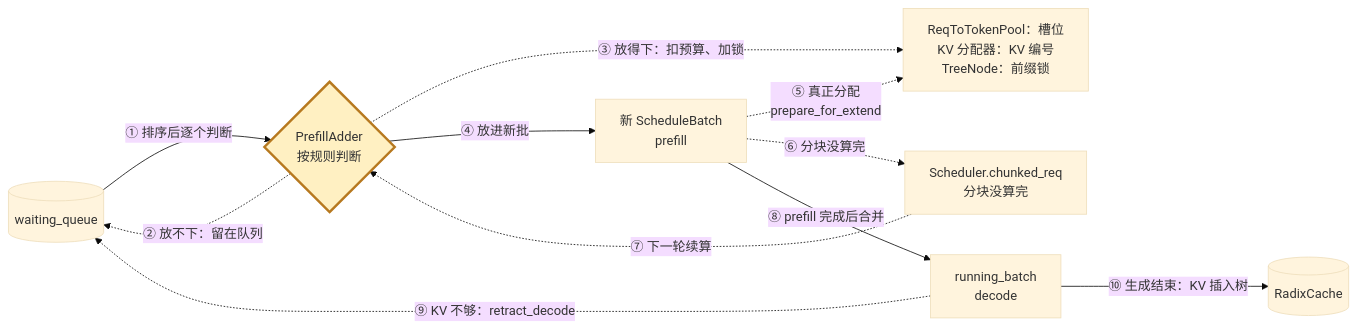
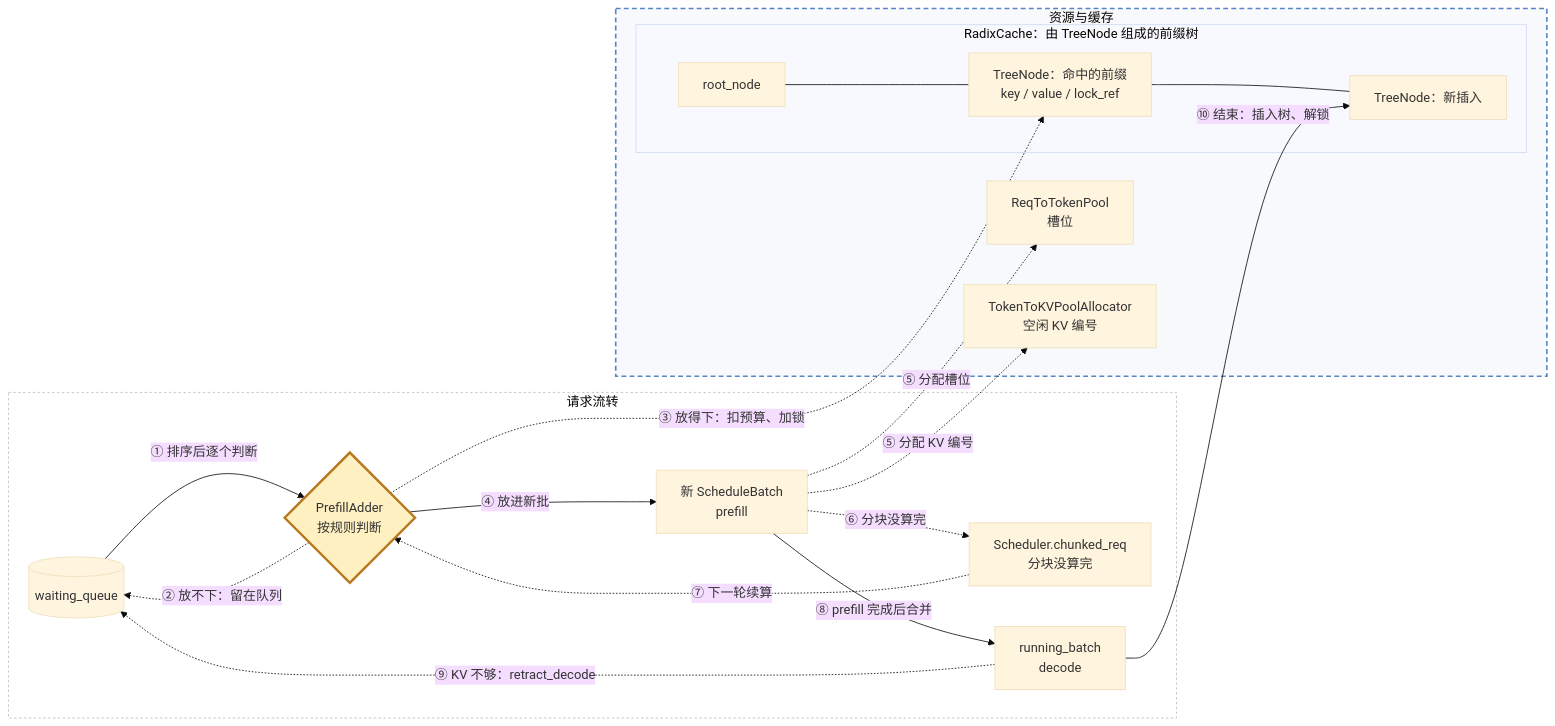
One commit to dugenkui03/sglang changed the first of 2 diagrams in user_guide_zh/思考一：关于组批请求的数据模型.md. Above: the diagram before and after it, drawn with Mermaid (base theme). The commit also changed other lines of this file, not shown here.

First line of the commit message:
docs: detail RadixCache interactions in the batching reflection

````diff
--- a/user_guide_zh/思考一：关于组批请求的数据模型.md
+++ b/user_guide_zh/思考一：关于组批请求的数据模型.md
@@ -23,21 +21,31 @@
 ```mermaid
 flowchart LR
-    WQ[("waiting_queue")]
-    PA{"PrefillAdder<br/>按规则判断"}
-    NB["新 ScheduleBatch<br/>prefill"]
-    RB["running_batch<br/>decode"]
-    CR["Scheduler.chunked_req<br/>分块没算完"]
-    RC[("RadixCache")]
-    RES["ReqToTokenPool：槽位<br/>KV 分配器：KV 编号<br/>TreeNode：前缀锁"]
+    subgraph FLOW["请求流转"]
+        WQ[("waiting_queue")]
+        PA{"PrefillAdder<br/>按规则判断"}
+        NB["新 ScheduleBatch<br/>prefill"]
+        CR["Scheduler.chunked_req<br/>分块没算完"]
+        RB["running_batch<br/>decode"]
+    end
+    subgraph RES["资源与缓存"]
+        RTP["ReqToTokenPool<br/>槽位"]
+        AL["TokenToKVPoolAllocator<br/>空闲 KV 编号"]
+        subgraph RC["RadixCache：由 TreeNode 组成的前缀树"]
+            ROOT["root_node"] --- TA["TreeNode：命中的前缀<br/>key / value / lock_ref"] --- TB["TreeNode：新插入"]
+        end
+    end
     WQ -->|"① 排序后逐个判断"| PA
     PA -.->|"② 放不下：留在队列"| WQ
-    PA -.->|"③ 放得下：扣预算、加锁"| RES
+    PA -.->|"③ 放得下：扣预算、加锁"| TA
     PA -->|"④ 放进新批"| NB
-    NB -.->|"⑤ 真正分配<br/>prepare_for_extend"| RES
+    NB -.->|"⑤ 分配槽位"| RTP
+    NB -.->|"⑤ 分配 KV 编号"| AL
     NB -.->|"⑥ 分块没算完"| CR
     CR -.->|"⑦ 下一轮续算"| PA
     NB -->|"⑧ prefill 完成后合并"| RB
     RB -.->|"⑨ KV 不够：retract_decode"| WQ
-    RB -->|"⑩ 生成结束：KV 插入树"| RC
+    RB -->|"⑩ 结束：插入树、解锁"| TB
     style PA fill:#fff0c2,stroke:#b7791f,stroke-width:3px
+    style RES fill:#f7f9fc,stroke:#5684c4,stroke-width:2px,stroke-dasharray:6 4
+    style FLOW fill:none,stroke:#bbbbbb,stroke-dasharray:3 3
 ```
````
